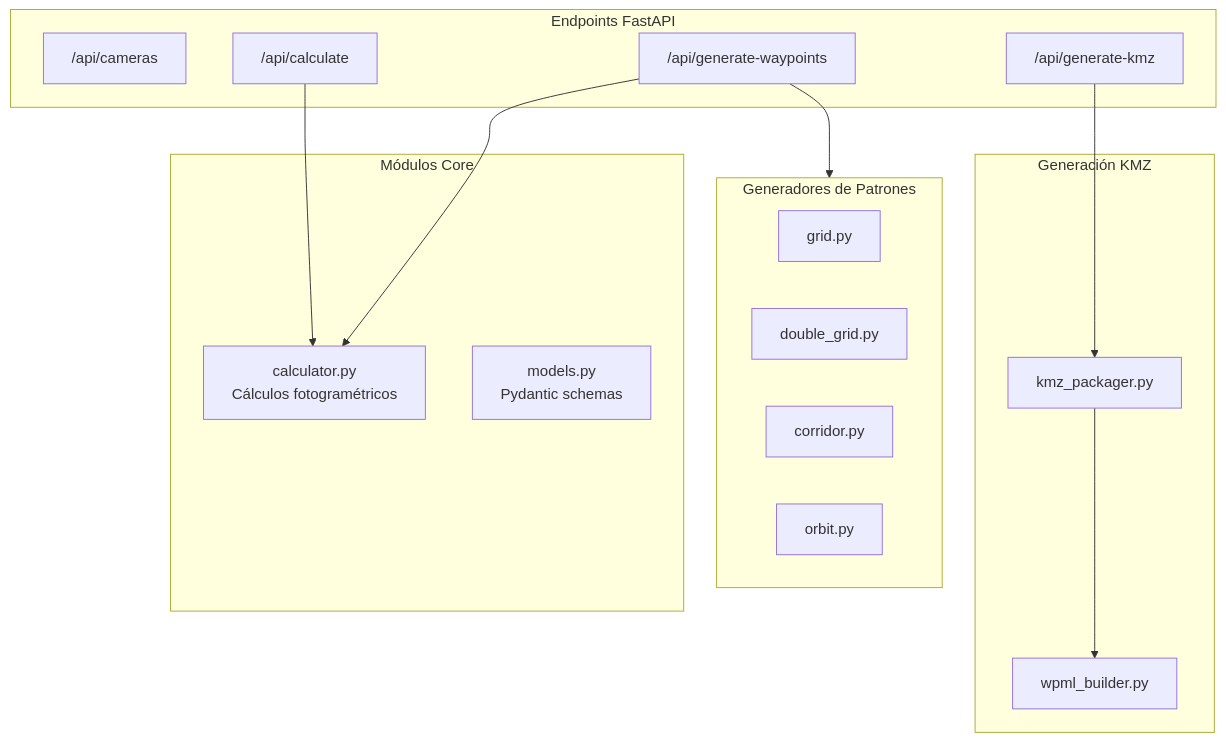
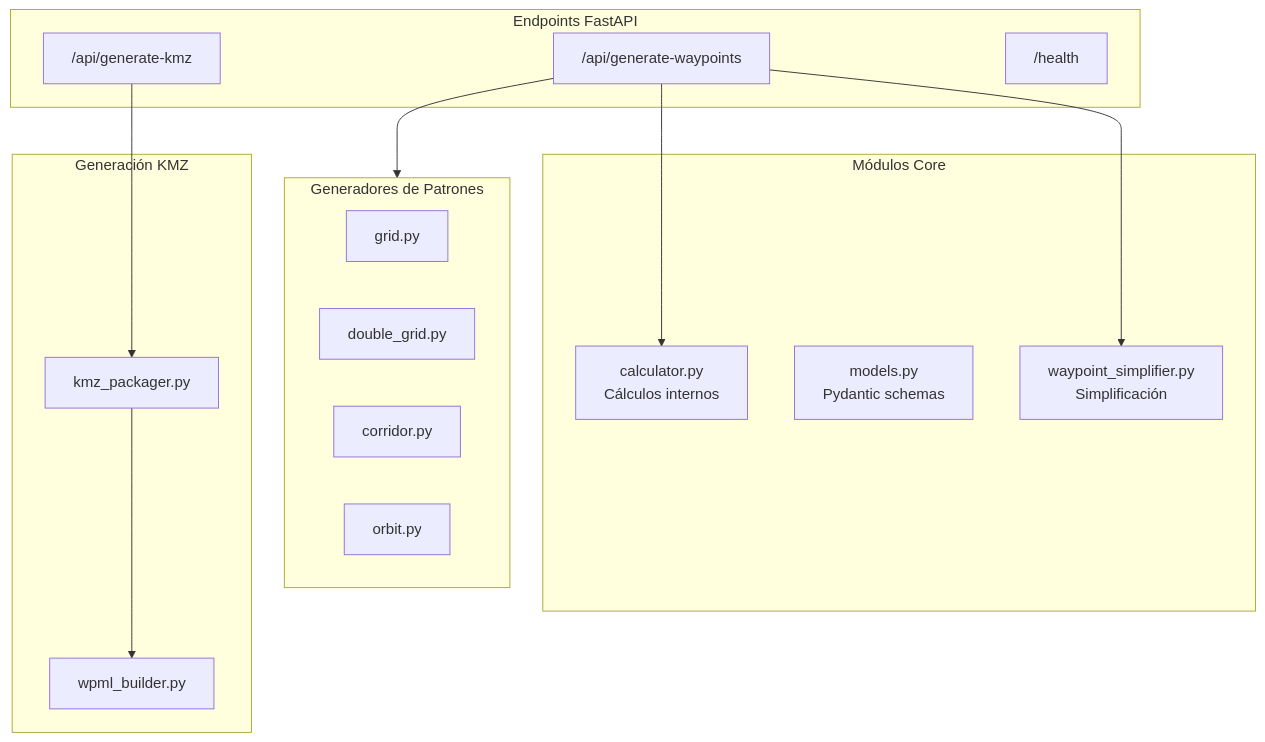
The diagram in geoflight/backend/README.md (geoai-latam/WaypointsDJI), drawn with Mermaid before and after one commit. The commit also changed other lines of this file and 2 other files, not shown here.

````diff
--- a/geoflight/backend/README.md
+++ b/geoflight/backend/README.md
@@ -9,32 +11,32 @@
 ```mermaid
 flowchart TB
     subgraph API["Endpoints FastAPI"]
-        E1["/api/cameras"]
-        E2["/api/calculate"]
         E3["/api/generate-waypoints"]
         E4["/api/generate-kmz"]
+        E5["/health"]
     end
 
     subgraph Core["Módulos Core"]
-        CALC["calculator.py<br/>Cálculos fotogramétricos"]
+        CALC["calculator.py<br/>Cálculos internos"]
         MODELS["models.py<br/>Pydantic schemas"]
+        SIMP["waypoint_simplifier.py<br/>Simplificación"]
     end
 
     subgraph Patterns["Generadores de Patrones"]
         GRID["grid.py"]
         DGRID["double_grid.py"]
         CORR["corridor.py"]
         ORB["orbit.py"]
     end
 
     subgraph Output["Generación KMZ"]
         WPML["wpml_builder.py"]
         KMZ["kmz_packager.py"]
     end
 
-    E2 --> CALC
     E3 --> CALC
     E3 --> Patterns
+    E3 --> SIMP
     E4 --> KMZ
     KMZ --> WPML
 ```
````
